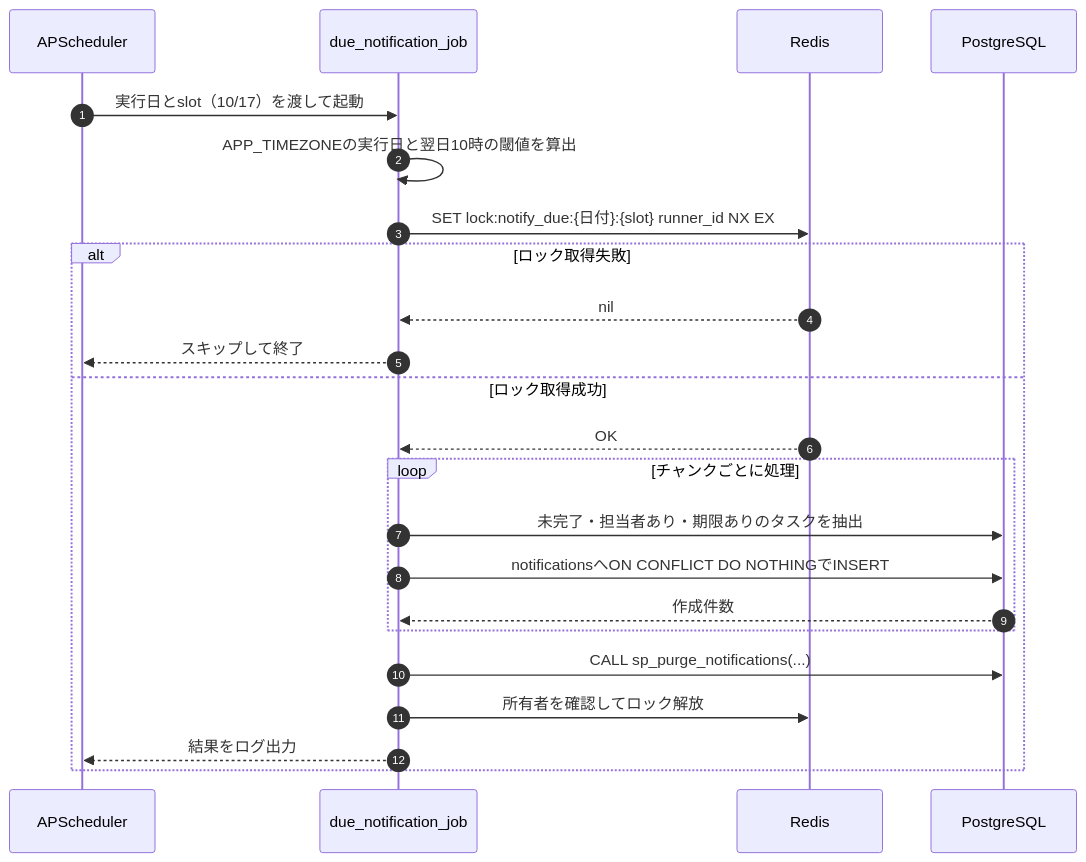
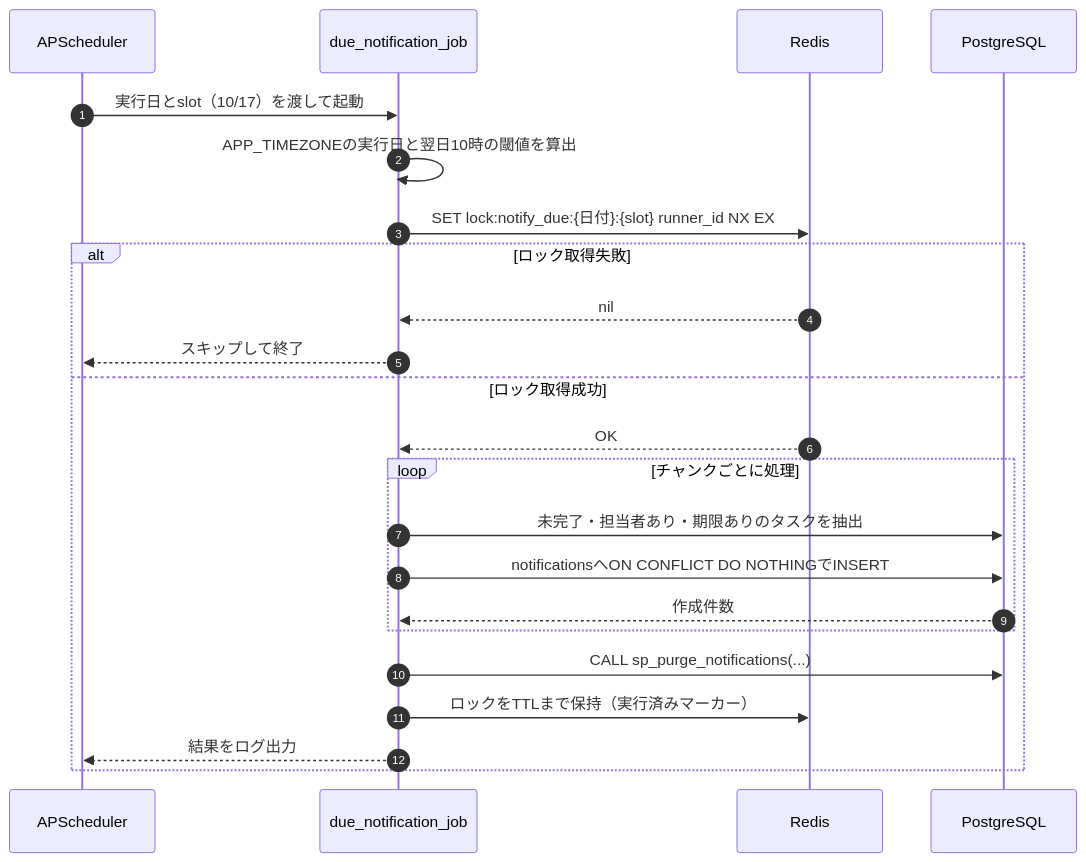
Before and after one commit to oikawa-d/task_management: the third of 6 diagrams in basic_design/07_batch.md, drawn with Mermaid. The commit also changed other lines of this file and 19 other files, not shown here.

````diff
--- a/basic_design/07_batch.md
+++ b/basic_design/07_batch.md
@@ -145,26 +145,26 @@
 ```mermaid
 sequenceDiagram
     autonumber
     participant SCH as APScheduler
     participant JOB as due_notification_job
     participant RD as Redis
     participant PG as PostgreSQL
 
     SCH->>JOB: 実行日とslot（10/17）を渡して起動
     JOB->>JOB: APP_TIMEZONEの実行日と翌日10時の閾値を算出
-    JOB->>RD: SET lock:notify_due:{日付}:{slot} runner_id NX EX
+        JOB->>RD: SET lock:notify_due:{日付}:{slot} runner_id NX EX
     alt ロック取得失敗
         RD-->>JOB: nil
         JOB-->>SCH: スキップして終了
     else ロック取得成功
         RD-->>JOB: OK
         loop チャンクごとに処理
             JOB->>PG: 未完了・担当者あり・期限ありのタスクを抽出
             JOB->>PG: notificationsへON CONFLICT DO NOTHINGでINSERT
             PG-->>JOB: 作成件数
         end
         JOB->>PG: CALL sp_purge_notifications(...)
-        JOB->>RD: 所有者を確認してロック解放
+        JOB->>RD: ロックをTTLまで保持（実行済みマーカー）
         JOB-->>SCH: 結果をログ出力
     end
 ```
````
